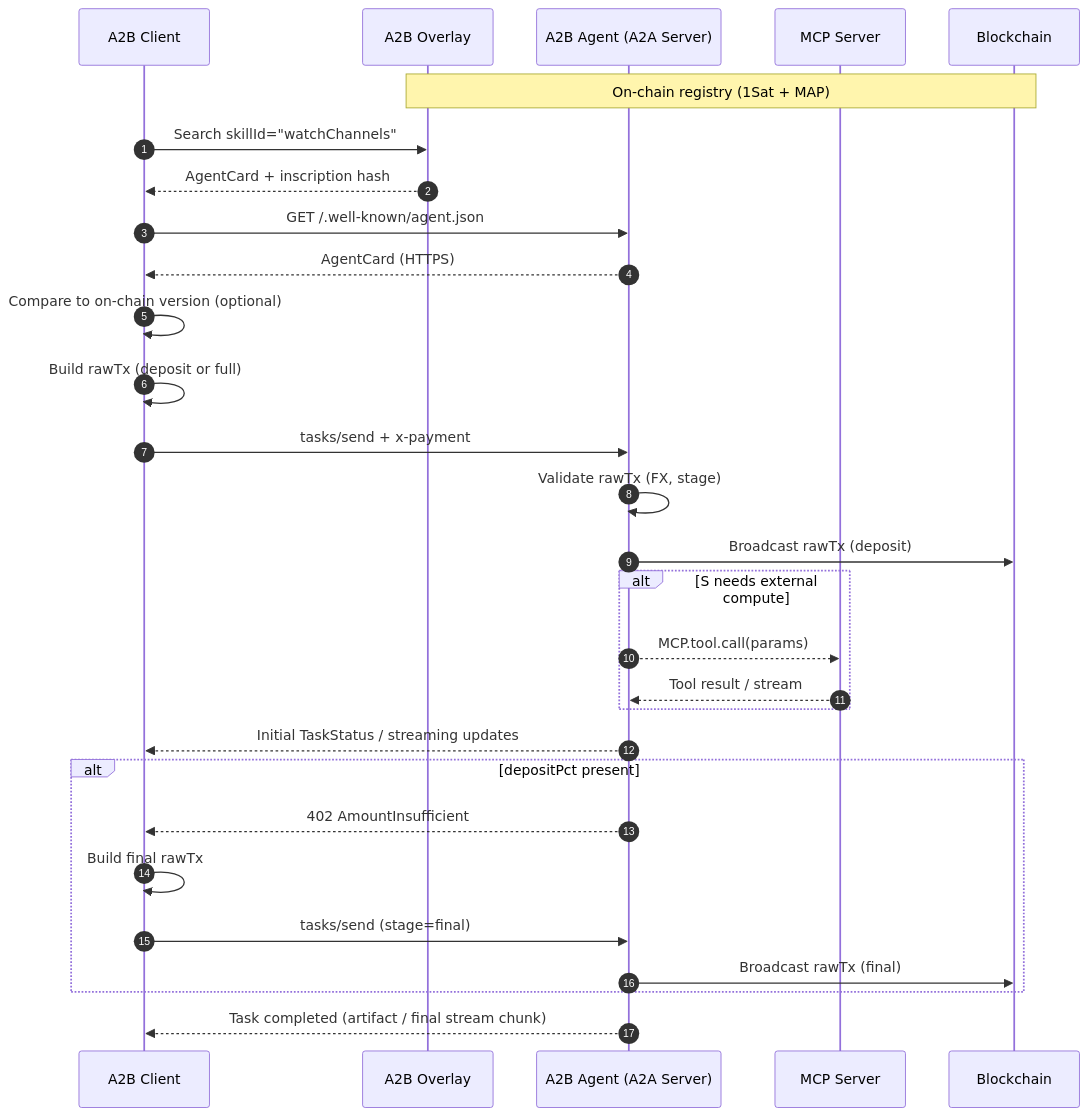
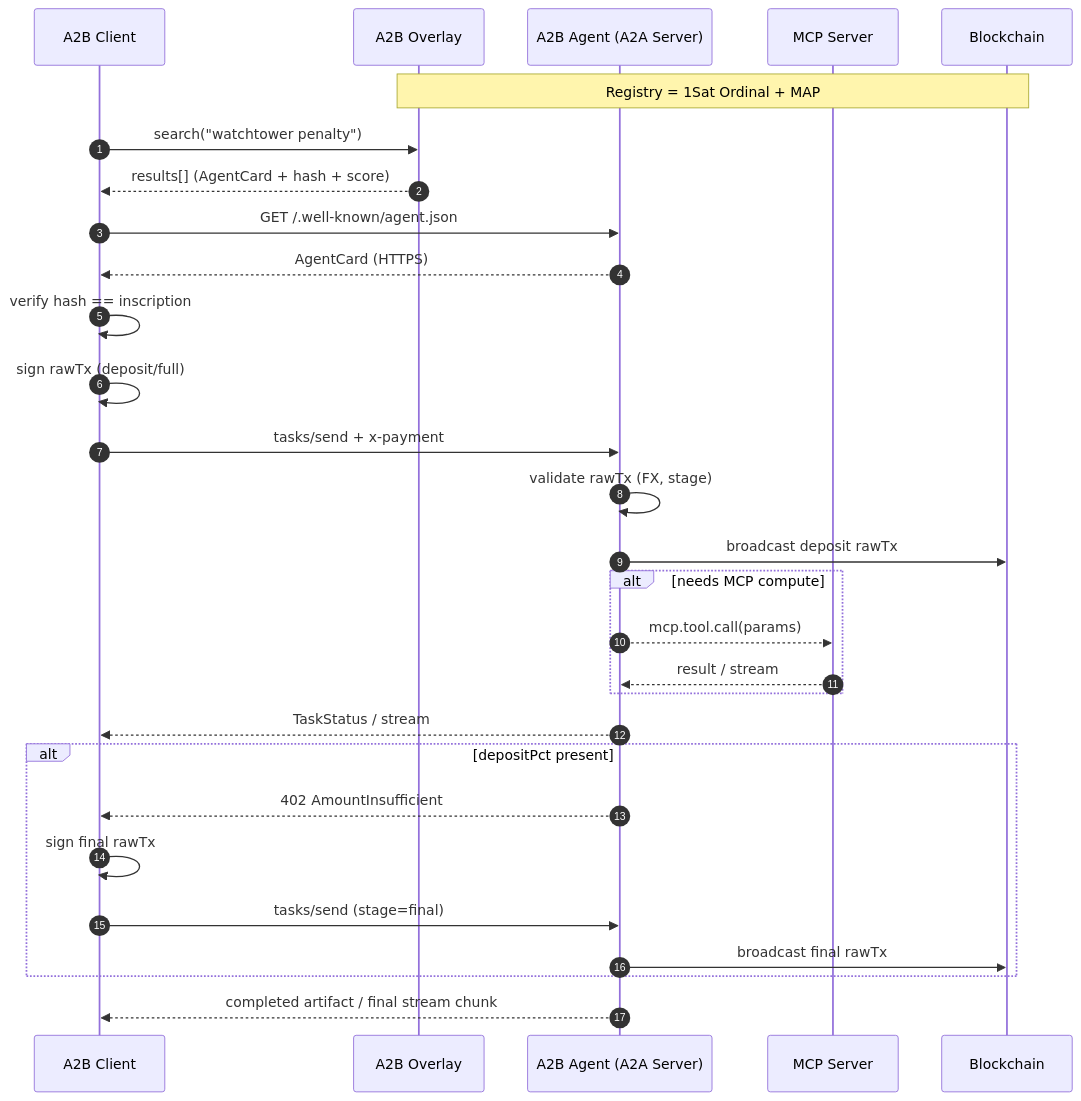
One commit to b-open-io/bsv-mcp changed the diagram in docs/a2b.md. Above: the diagram before and after it, drawn with Mermaid. The commit also changed other lines of this file, not shown here.

Commit message:
Revise A2B documentation: update table of contents for clarity, enhance descriptions in key concepts and payment flow sections, and improve agent card examples for better usability and understanding.

````diff
--- a/docs/a2b.md
+++ b/docs/a2b.md
@@ -63,39 +63,39 @@
 ```mermaid
 sequenceDiagram
     autonumber
     participant C as A2B Client
-    participant I as A2B Overlay
+    participant O as A2B Overlay
     participant S as A2B Agent (A2A Server)
     participant T as MCP Server
     participant B as Blockchain
 
-    Note over I,B: On‑chain registry (1Sat + MAP)
+    Note over O,B: Registry = 1Sat Ordinal + MAP
 
-    C->>I: Search skillId="watchChannels"
-    I-->>C: AgentCard + inscription hash
+    C->>O: search("watchtower penalty")
+    O-->>C: results[] (AgentCard + hash + score)
 
     C->>S: GET /.well-known/agent.json
     S-->>C: AgentCard (HTTPS)
-    C->>C: Compare to on‑chain version (optional)
+    C->>C: verify hash == inscription
 
-    C->>C: Build rawTx (deposit or full)
+    C->>C: sign rawTx (deposit/full)
     C->>S: tasks/send + x‑payment
-    S->>S: Validate rawTx (FX, stage)
-    S->>B: Broadcast rawTx (deposit)
+    S->>S: validate rawTx (FX, stage)
+    S->>B: broadcast deposit rawTx
 
-    alt S needs external compute
-        S-->>T: MCP.tool.call(params)
-        T-->>S: Tool result / stream
+    alt needs MCP compute
+        S-->>T: mcp.tool.call(params)
+        T-->>S: result / stream
     end
 
-    S-->>C: Initial TaskStatus / streaming updates
+    S-->>C: TaskStatus / stream
 
     alt depositPct present
         S-->>C: 402 AmountInsufficient
-        C->>C: Build final rawTx
+        C->>C: sign final rawTx
         C->>S: tasks/send (stage=final)
-        S->>B: Broadcast rawTx (final)
+        S->>B: broadcast final rawTx
     end
 
-    S-->>C: Task completed (artifact / final stream chunk)
+    S-->>C: completed artifact / final stream chunk
 ```
````
